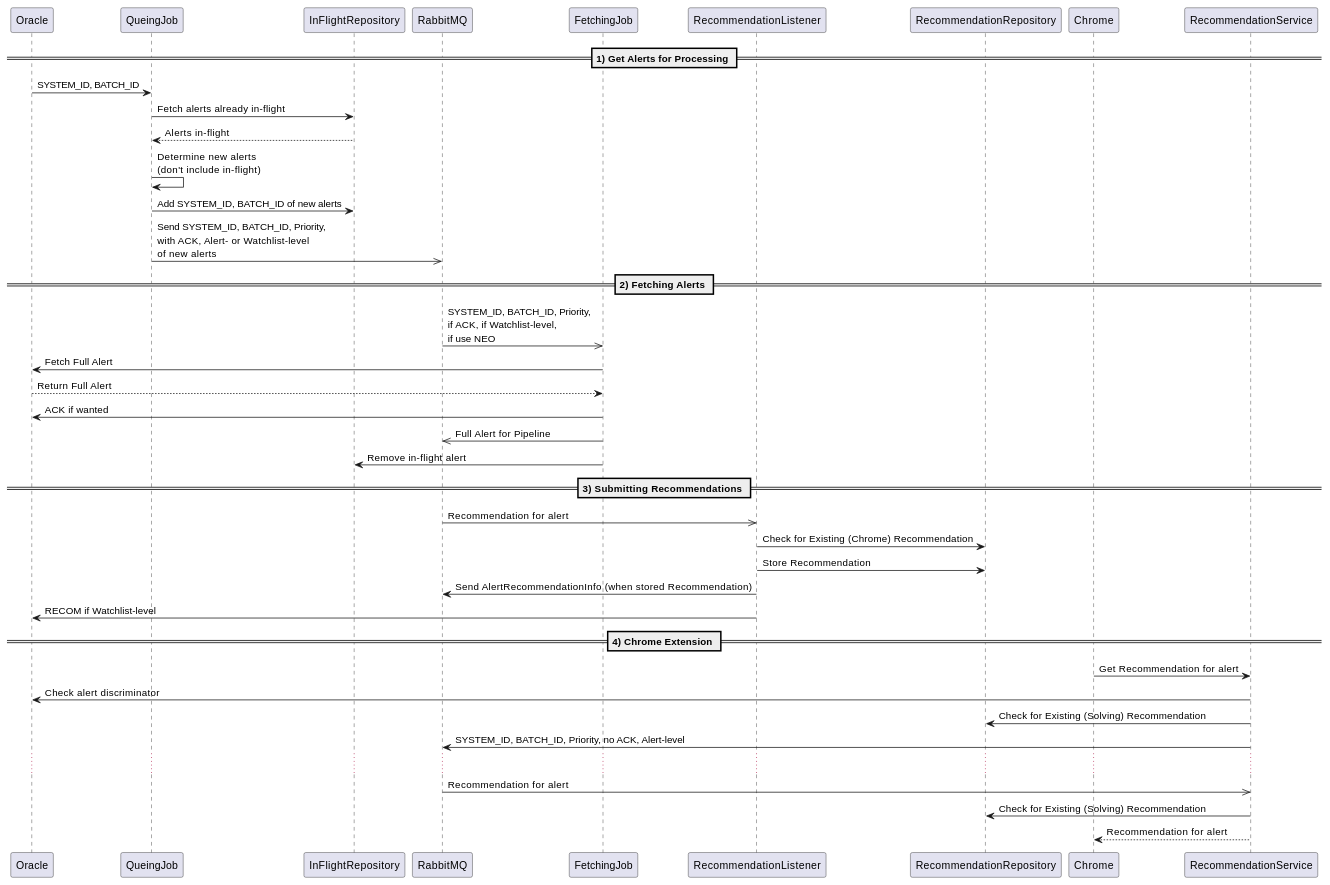
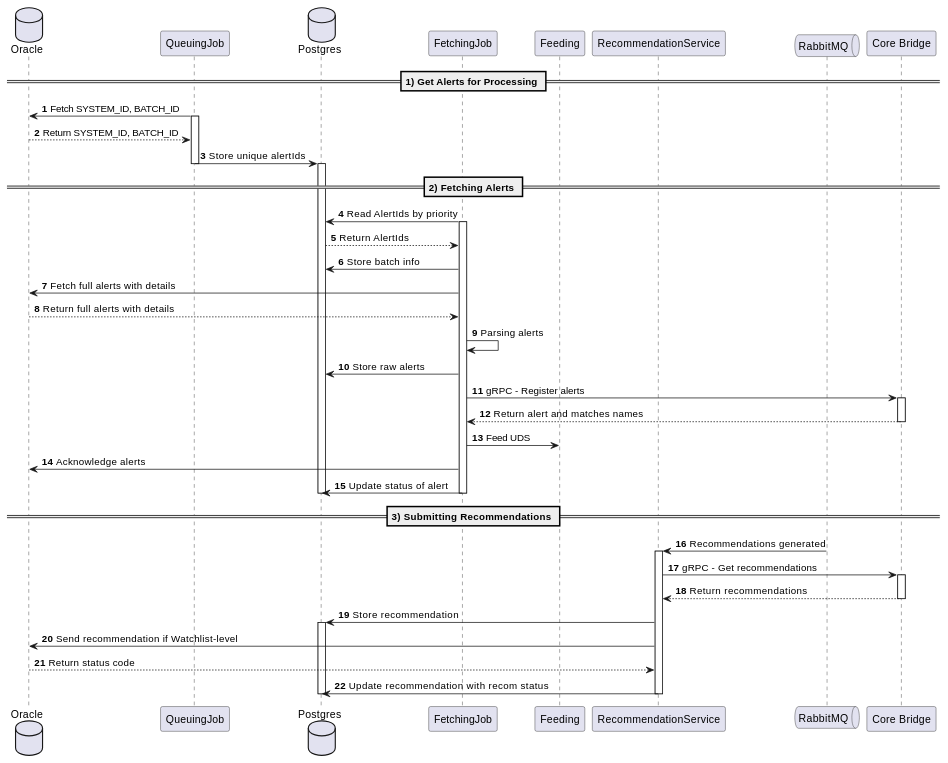
One commit to ngraczykowski/iris-root changed the diagram in modules/scb-bridge/documentation/cbs/cbs-integration/cbs-integration-alert-queuing.adoc. Above: the diagram before and after it, drawn with PlantUML. The commit also changed other lines of this file and 4 other files, not shown here.

```diff
--- a/modules/scb-bridge/documentation/cbs/cbs-integration/cbs-integration-alert-queuing.adoc
+++ b/modules/scb-bridge/documentation/cbs/cbs-integration/cbs-integration-alert-queuing.adoc
@@ -6,42 +4,60 @@
 [plantuml,queuing-alerts-diagram,svg]
 ....
 @startuml
+database "Oracle" as Oracle
+participant "QueuingJob" as QueuingJob
+database "Postgres" as Postgres
+participant "FetchingJob" as FetchingJob
+participant "Feeding" as Feeding
+participant "RecommendationService" as Recommendations
+queue "RabbitMQ" as RabbitMQ
+participant "Core Bridge" as CoreBridge
+
+
 == **1) Get Alerts for Processing** ==
-Oracle -> QueingJob : SYSTEM_ID, BATCH_ID
-QueingJob -> InFlightRepository : Fetch alerts already in-flight
-InFlightRepository --> QueingJob : Alerts in-flight
-QueingJob -> QueingJob : Determine new alerts\n(don't include in-flight)
-QueingJob -> InFlightRepository : Add SYSTEM_ID, BATCH_ID of new alerts
-QueingJob ->> RabbitMQ : Send SYSTEM_ID, BATCH_ID, Priority,\nwith ACK, Alert- or Watchlist-level\nof new alerts
+autonumber
+QueuingJob -> Oracle : Fetch SYSTEM_ID, BATCH_ID
+activate QueuingJob
+Oracle --> QueuingJob : Return SYSTEM_ID, BATCH_ID
+QueuingJob -> Postgres : Store unique alertIds
+deactivate QueuingJob
+activate Postgres
 
 == **2) Fetching Alerts** ==
 
-RabbitMQ ->> FetchingJob : SYSTEM_ID, BATCH_ID, Priority,\nif ACK, if Watchlist-level,\nif use NEO
-FetchingJob -> Oracle : Fetch Full Alert
-Oracle --> FetchingJob : Return Full Alert
-FetchingJob -> Oracle : ACK if wanted
-FetchingJob ->> RabbitMQ : Full Alert for Pipeline
-FetchingJob -> InFlightRepository : Remove in-flight alert
+FetchingJob -> Postgres : Read AlertIds by priority
+activate FetchingJob
+Postgres --> FetchingJob : Return AlertIds
+
+FetchingJob -> Postgres : Store batch info
+FetchingJob -> Oracle : Fetch full alerts with details
+Oracle --> FetchingJob : Return full alerts with details
+FetchingJob -> FetchingJob : Parsing alerts
+FetchingJob -> Postgres : Store raw alerts
+FetchingJob -> CoreBridge : gRPC - Register alerts
+activate CoreBridge
+CoreBridge --> FetchingJob : Return alert and matches names
+deactivate CoreBridge
+FetchingJob -> Feeding : Feed UDS
+FetchingJob -> Oracle : Acknowledge alerts
+FetchingJob -> Postgres : Update status of alert
+deactivate FetchingJob
+deactivate Postgres
 
 == **3) Submitting Recommendations** ==
 
-RabbitMQ ->> RecommendationListener : Recommendation for alert
-RecommendationListener -> RecommendationRepository : Check for Existing (Chrome) Recommendation
-RecommendationListener -> RecommendationRepository : Store Recommendation
-RecommendationListener -> RabbitMQ : Send AlertRecommendationInfo (when stored Recommendation)
-RecommendationListener -> Oracle : RECOM if Watchlist-level
-
-== **4) Chrome Extension** ==
-
-Chrome -> RecommendationService : Get Recommendation for alert
-RecommendationService -> Oracle : Check alert discriminator
-RecommendationService -> RecommendationRepository : Check for Existing (Solving) Recommendation
-RecommendationService -> RabbitMQ : SYSTEM_ID, BATCH_ID, Priority, no ACK, Alert-level
-
-...
-
-RabbitMQ ->> RecommendationService : Recommendation for alert
-RecommendationService -> RecommendationRepository : Check for Existing (Solving) Recommendation
-RecommendationService --> Chrome : Recommendation for alert
+RabbitMQ -> Recommendations : Recommendations generated
+activate Recommendations
+Recommendations -> CoreBridge : gRPC - Get recommendations
+activate CoreBridge
+CoreBridge --> Recommendations : Return recommendations
+deactivate CoreBridge
+Recommendations -> Postgres : Store recommendation
+activate Postgres
+Recommendations -> Oracle : Send recommendation if Watchlist-level
+Oracle --> Recommendations : Return status code
+Recommendations -> Postgres : Update recommendation with recom status
+deactivate Postgres
+deactivate Recommendations
 @enduml
 ....
```
